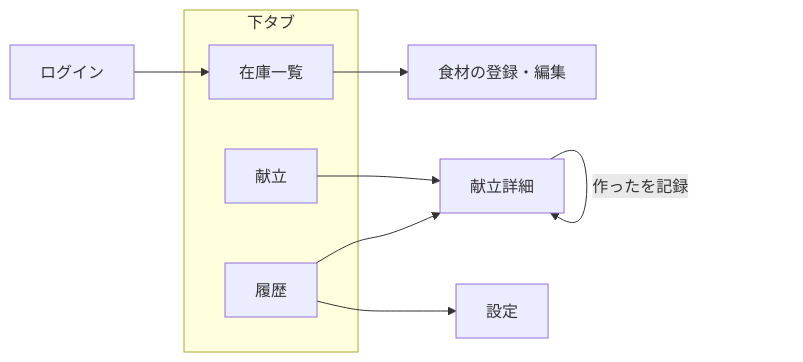
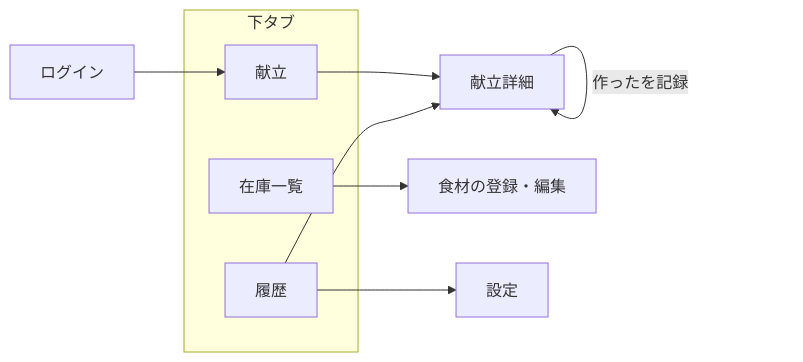
One commit to tkdev106/fridge-to-meal changed the diagram in docs/screen-design.md. Above: the diagram before and after it, drawn with Mermaid. The commit also changed other lines of this file and 9 other files, not shown here.

````diff
--- a/docs/screen-design.md
+++ b/docs/screen-design.md
@@ -78,14 +86,14 @@
 ```mermaid
 flowchart LR
-  login[ログイン] --> pantry
+  login[ログイン] --> meals
   subgraph tabs[下タブ]
     meals[献立]
     pantry[在庫一覧]
     history[履歴]
   end
   meals --> detail[献立詳細]
   history --> detail
   pantry --> edit[食材の登録・編集]
   history --> settings[設定]
   detail -->|作ったを記録| detail
 ```
````
